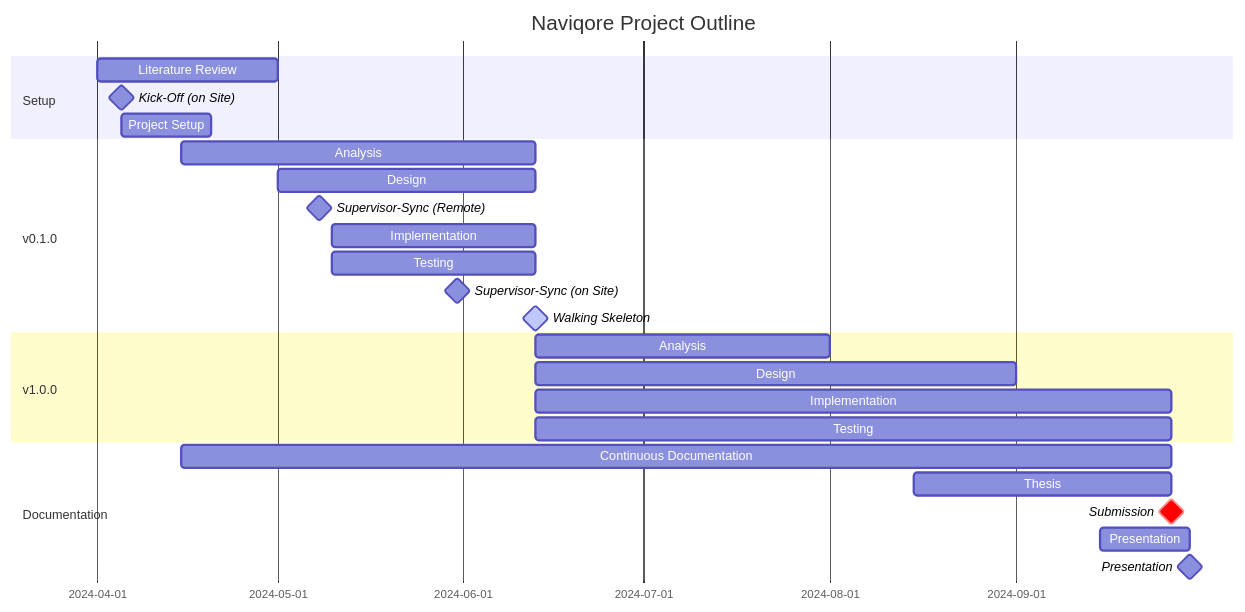
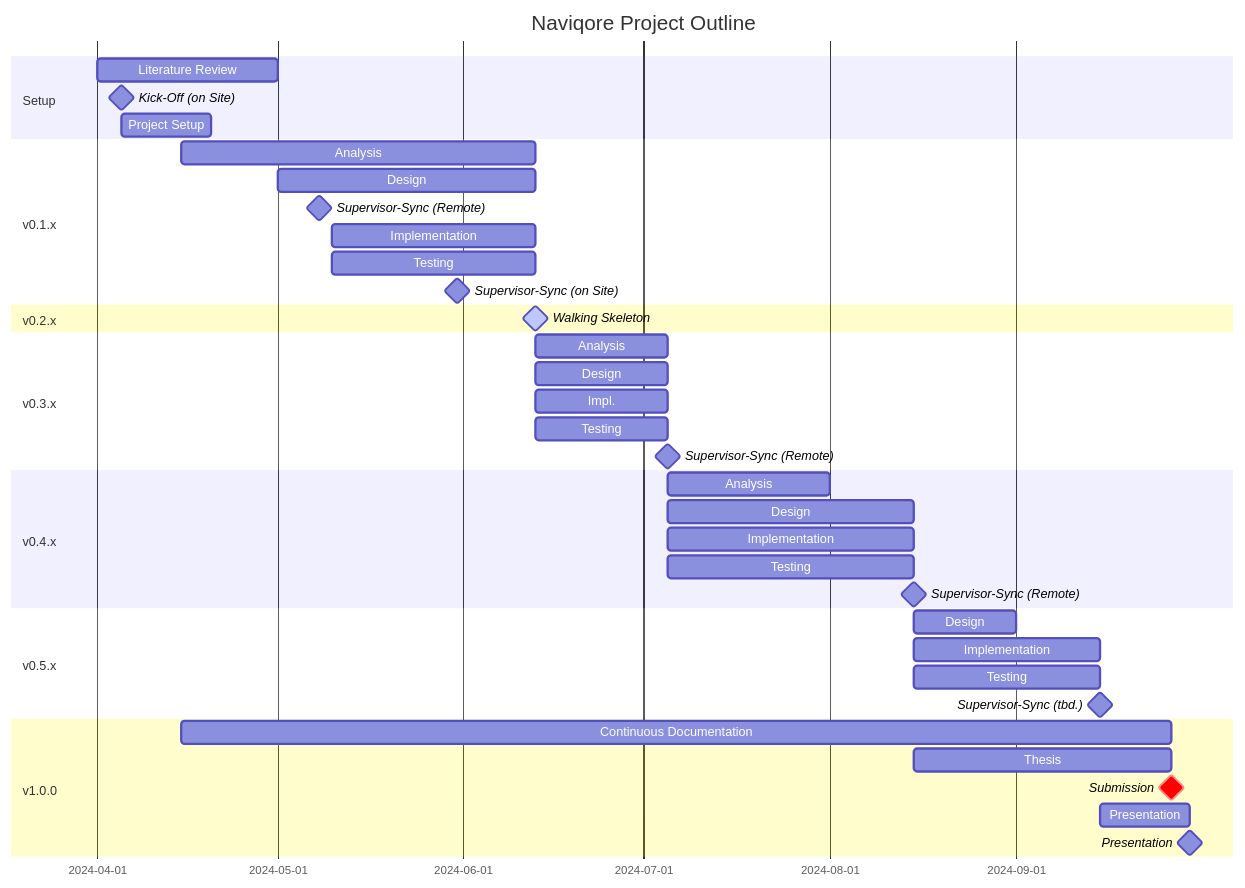
One commit to naviqore/documentation changed the diagram in Writerside/topics/outline.md. Above: the diagram before and after it, drawn with Mermaid.

Commit message:
DOC: NAV-120 - Update project outline
- Add versions / iterations sections.
- Add new supervisor syncs.

````diff
--- a/Writerside/topics/outline.md
+++ b/Writerside/topics/outline.md
@@ -5,29 +5,42 @@
 ```mermaid
 gantt
     title Naviqore Project Outline
     dateFormat YYYY-MM-DD
     section Setup
         Literature Review: literature, 2024-04-01, 30d
         Kick-Off (on Site): milestone, kickoff, 2024-04-05, 0d
         Project Setup: project, 2024-04-05, 15d
-    section v0.1.0
+    section v0.1.x
         Analysis: 2024-04-15, 2024-06-13
         Design: 2024-05-01, 2024-06-13
-        Supervisor-Sync (Remote): milestone, kickoff, 2024-05-08, 0d
+        Supervisor-Sync (Remote): milestone, 2024-05-08, 0d
         Implementation: 2024-05-10, 2024-06-13
         Testing: 2024-05-10, 2024-06-13
-        Supervisor-Sync (on Site): milestone, kickoff, 2024-05-31, 0d
+        Supervisor-Sync (on Site): milestone, 2024-05-31, 0d
+    section v0.2.x
         Walking Skeleton: milestone, active, walkingSkeleton, 2024-06-13, 0d
+    section v0.3.x
+        Analysis: 2024-06-13, 2024-07-05
+        Design: 2024-06-13, 2024-07-05
+        Impl.: 2024-06-13, 2024-07-05
+        Testing: 2024-06-13, 2024-07-05
+        Supervisor-Sync (Remote): milestone, 2024-07-05, 0d
+    section v0.4.x
+        Analysis: 2024-07-05, 2024-08-01
+        Design: 2024-07-05, 2024-08-15
+        Implementation: 2024-07-05, 2024-08-15
+        Testing: 2024-07-05, 2024-08-15
+        Supervisor-Sync (Remote): milestone, 2024-08-15, 0d
+    section v0.5.x
+        Design: 2024-08-15, 2024-09-01
+        Implementation: 2024-08-15, 2024-09-15
+        Testing: 2024-08-15, 2024-09-15
+        Supervisor-Sync (tbd.): milestone, 2024-09-15, 0d
     section v1.0.0
-        Analysis: 2024-06-13, 2024-08-01
-        Design: 2024-06-13, 2024-09-01
-        Implementation: 2024-06-13, 2024-09-27
-        Testing: 2024-06-13, 2024-09-27
-    section Documentation
         Continuous Documentation: 2024-04-15, 2024-09-27
         Thesis: 2024-08-15, 2024-09-27
         Submission: milestone, crit, submission, 2024-09-27, 0d
         Presentation: 2024-09-15, 2024-09-30
         Presentation: milestone, presentation, 2024-09-30, 0d
 
 ```
````
